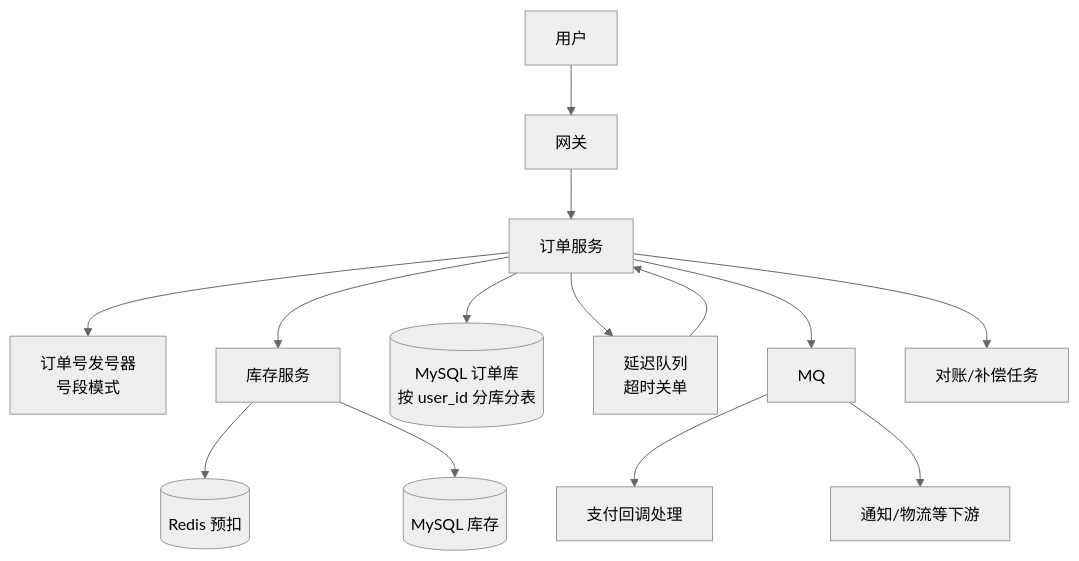
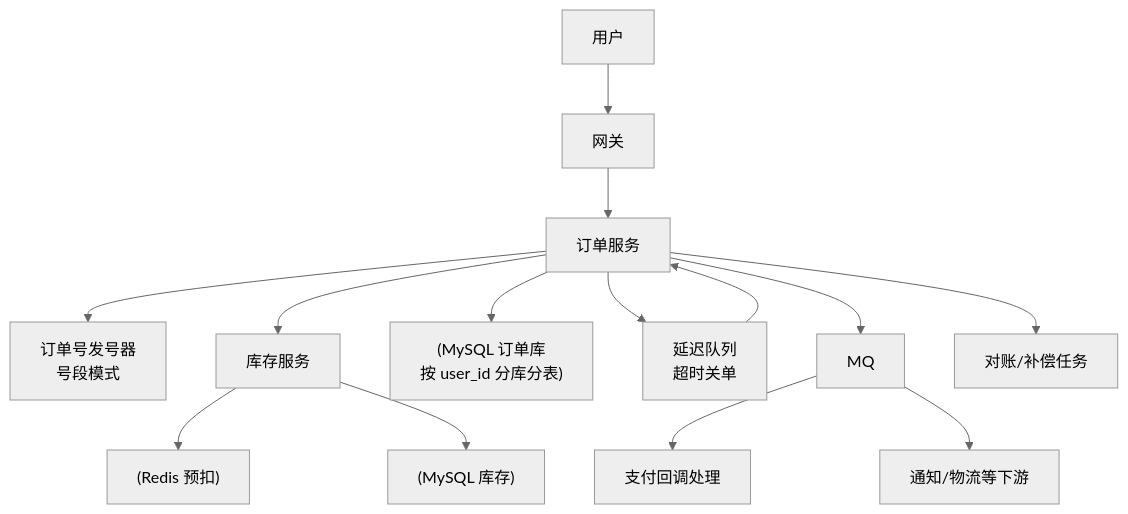
The second of 9 diagrams in 20-system-design-cases-2.md (regding/java-interview-prep), drawn with Mermaid (neutral theme) before and after one commit. The commit also changed other lines of this file and 20 other files, not shown here.

First line of the commit message:
fix: 全库 mermaid 中文节点标签统一加引号

````diff
--- a/20-system-design-cases-2.md
+++ b/20-system-design-cases-2.md
@@ -91,16 +91,16 @@
 ```mermaid
 flowchart TD
-    U[用户] --> G[网关]
-    G --> OS[订单服务]
-    OS --> ID[订单号发号器<br/>号段模式]
-    OS --> IS[库存服务]
-    IS --> R[(Redis 预扣)]
-    IS --> DB2[(MySQL 库存)]
-    OS --> DB[(MySQL 订单库<br/>按 user_id 分库分表)]
-    OS --> DQ[延迟队列<br/>超时关单]
+    U["用户"] --> G["网关"]
+    G --> OS["订单服务"]
+    OS --> ID["订单号发号器<br/>号段模式"]
+    OS --> IS["库存服务"]
+    IS --> R["(Redis 预扣)"]
+    IS --> DB2["(MySQL 库存)"]
+    OS --> DB["(MySQL 订单库<br/>按 user_id 分库分表)"]
+    OS --> DQ["延迟队列<br/>超时关单"]
     DQ --> OS
     OS --> MQ[MQ]
-    MQ --> PAY[支付回调处理]
-    MQ --> NOTIFY[通知/物流等下游]
-    OS --> JOB[对账/补偿任务]
+    MQ --> PAY["支付回调处理"]
+    MQ --> NOTIFY["通知/物流等下游"]
+    OS --> JOB["对账/补偿任务"]
 ```
````
